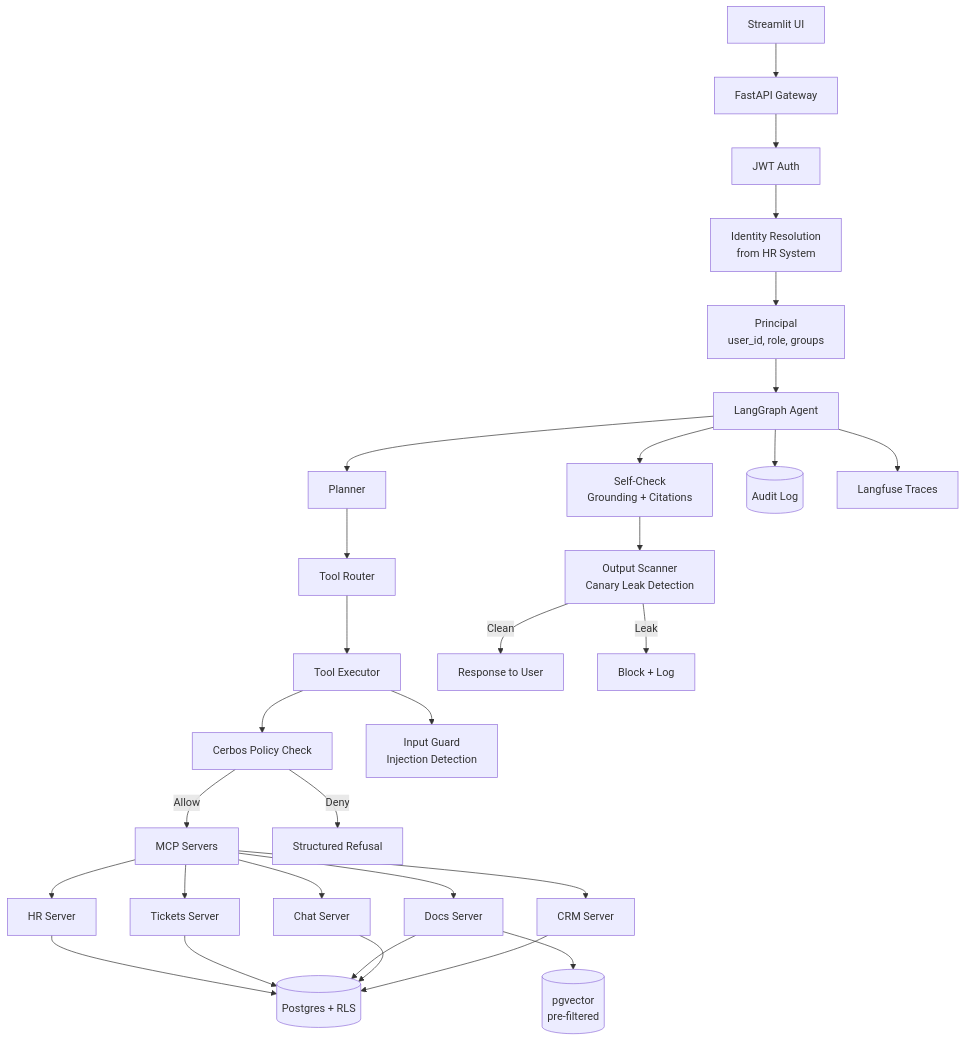
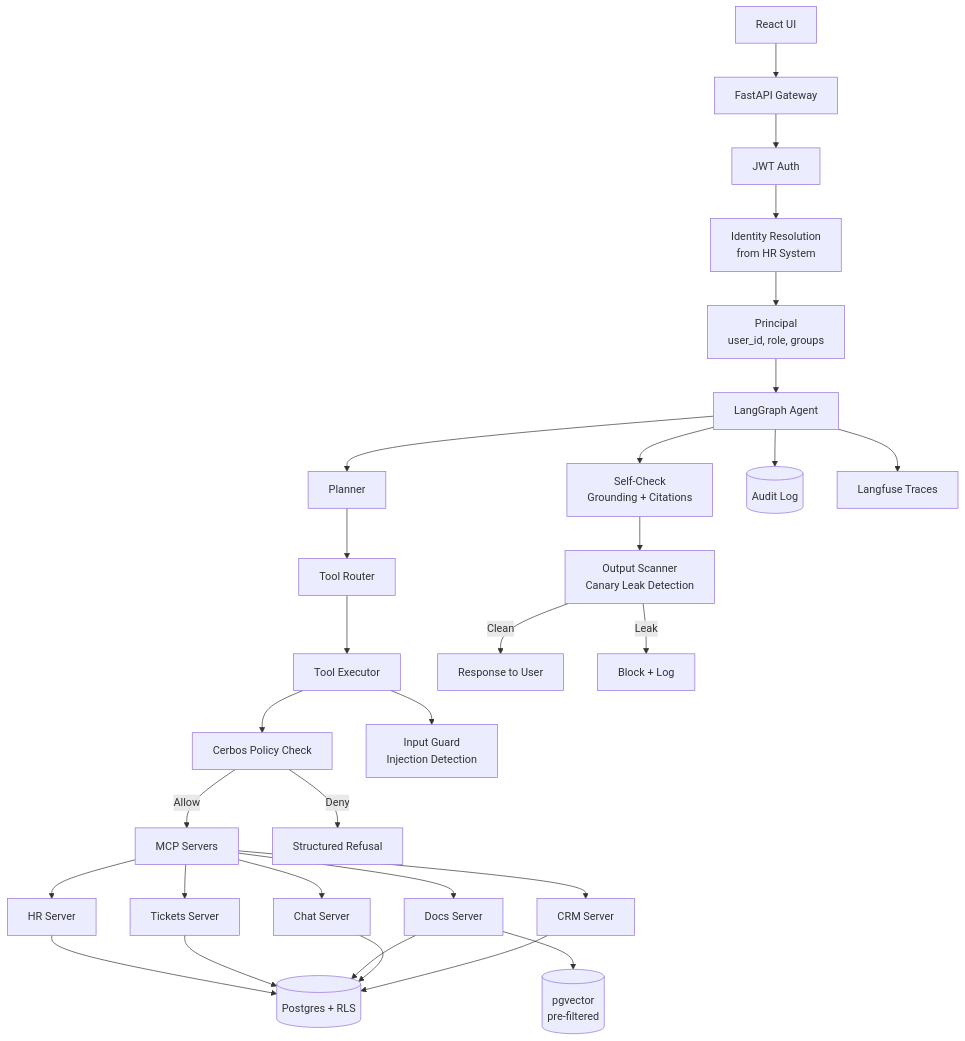
The diagram in README.md (Mansi2221/keystone), drawn with Mermaid before and after one commit. The commit also changed other lines of this file and 32 other files, not shown here.

````diff
--- a/README.md
+++ b/README.md
@@ -9,39 +9,39 @@
 ```mermaid
 graph TB
-    User[Streamlit UI] --> Gateway[FastAPI Gateway]
+    User[React UI] --> Gateway[FastAPI Gateway]
     Gateway --> JWT[JWT Auth]
     JWT --> HR_Resolve[Identity Resolution<br/>from HR System]
     HR_Resolve --> Principal[Principal<br/>user_id, role, groups]
 
     Principal --> Agent[LangGraph Agent]
     Agent --> Planner[Planner]
     Planner --> Router[Tool Router]
     Router --> Executor[Tool Executor]
 
     Executor --> Cerbos[Cerbos Policy Check]
     Cerbos -->|Allow| MCP[MCP Servers]
     Cerbos -->|Deny| Refusal[Structured Refusal]
 
     MCP --> HR_MCP[HR Server]
     MCP --> TKT_MCP[Tickets Server]
     MCP --> DOC_MCP[Docs Server]
     MCP --> CHAT_MCP[Chat Server]
     MCP --> CRM_MCP[CRM Server]
 
     HR_MCP --> PG[(Postgres + RLS)]
     TKT_MCP --> PG
     DOC_MCP --> PG
     CHAT_MCP --> PG
     CRM_MCP --> PG
 
     DOC_MCP --> Vec[(pgvector<br/>pre-filtered)]
 
     Executor --> InputGuard[Input Guard<br/>Injection Detection]
     Agent --> SelfCheck[Self-Check<br/>Grounding + Citations]
     SelfCheck --> OutputScan[Output Scanner<br/>Canary Leak Detection]
     OutputScan -->|Clean| Response[Response to User]
     OutputScan -->|Leak| Block[Block + Log]
 
     Agent --> Audit[(Audit Log)]
     Agent --> Langfuse[Langfuse Traces]
 ```
````
